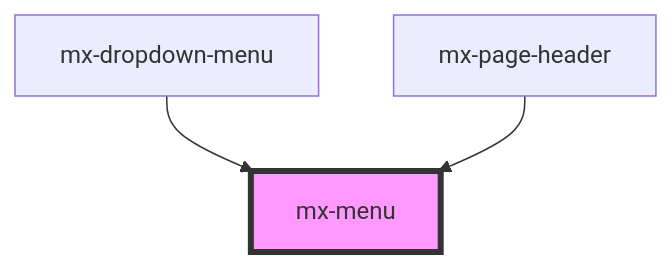
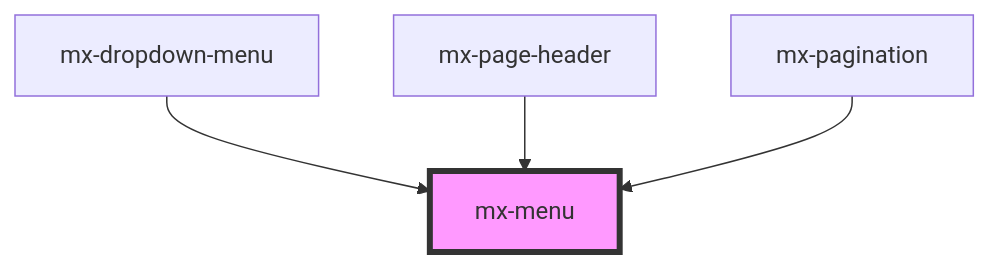
Before and after one commit to kevinleedrum/mds: the diagram in src/components/mx-menu/readme.md, drawn with Mermaid. The commit also changed other lines of this file and 398 other files, not shown here.

````diff
--- a/src/components/mx-menu/readme.md
+++ b/src/components/mx-menu/readme.md
@@ -56,6 +57,7 @@
 ```mermaid
 graph TD;
   mx-dropdown-menu --> mx-menu
   mx-page-header --> mx-menu
+  mx-pagination --> mx-menu
   style mx-menu fill:#f9f,stroke:#333,stroke-width:4px
 ```
````
